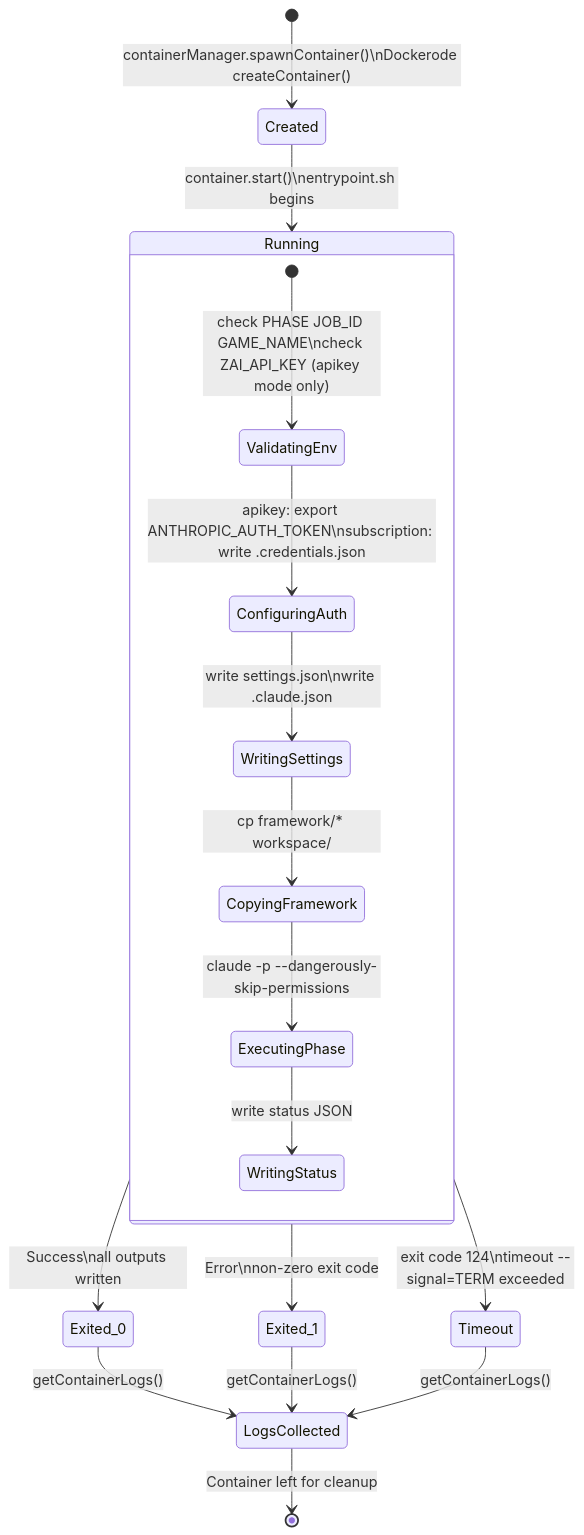
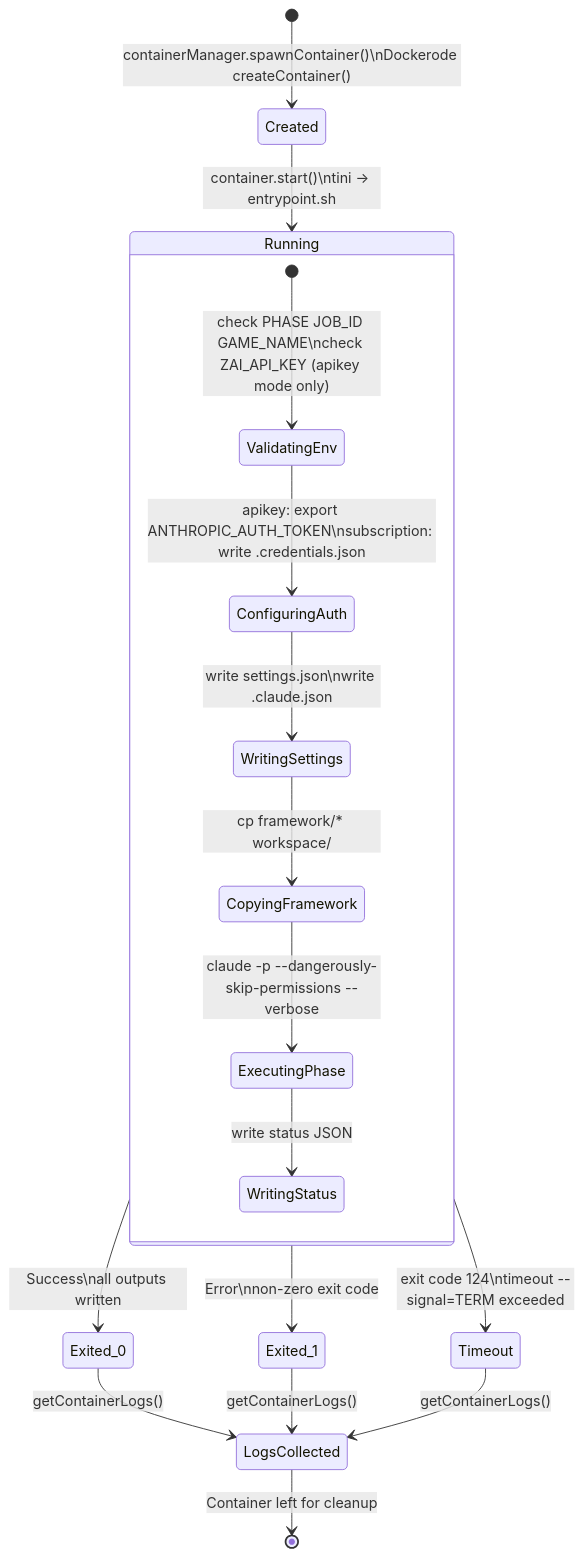
One commit to J-Gierend/gamePocGen changed the third of 8 diagrams in AI/document/06-state-lifecycle.md. Above: the diagram before and after it, drawn with Mermaid. The commit also changed other lines of this file and 5 other files, not shown here.

````diff
--- a/AI/document/06-state-lifecycle.md
+++ b/AI/document/06-state-lifecycle.md
@@ -61,25 +64,25 @@
 ```mermaid
 stateDiagram-v2
     [*] --> Created: containerManager.spawnContainer()\nDockerode createContainer()
 
-    Created --> Running: container.start()\nentrypoint.sh begins
+    Created --> Running: container.start()\ntini -> entrypoint.sh
 
     state Running {
         [*] --> ValidatingEnv: check PHASE JOB_ID GAME_NAME\ncheck ZAI_API_KEY (apikey mode only)
         ValidatingEnv --> ConfiguringAuth: apikey: export ANTHROPIC_AUTH_TOKEN\nsubscription: write .credentials.json
         ConfiguringAuth --> WritingSettings: write settings.json\nwrite .claude.json
         WritingSettings --> CopyingFramework: cp framework/* workspace/
-        CopyingFramework --> ExecutingPhase: claude -p --dangerously-skip-permissions
+        CopyingFramework --> ExecutingPhase: claude -p --dangerously-skip-permissions --verbose
         ExecutingPhase --> WritingStatus: write status JSON
     }
 
     Running --> Exited_0: Success\nall outputs written
     Running --> Exited_1: Error\nnon-zero exit code
     Running --> Timeout: exit code 124\ntimeout --signal=TERM exceeded
 
     Exited_0 --> LogsCollected: getContainerLogs()
     Exited_1 --> LogsCollected: getContainerLogs()
     Timeout --> LogsCollected: getContainerLogs()
 
     LogsCollected --> [*]: Container left for cleanup
 ```
````
